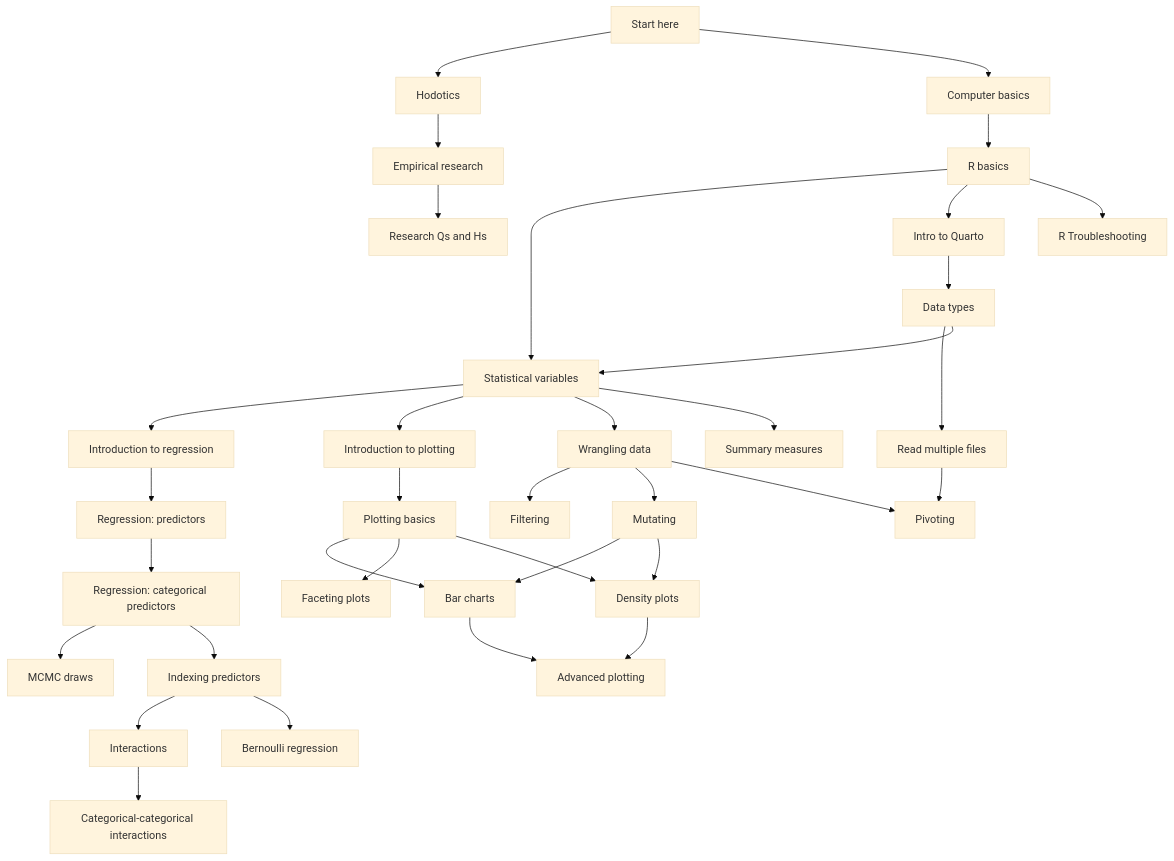
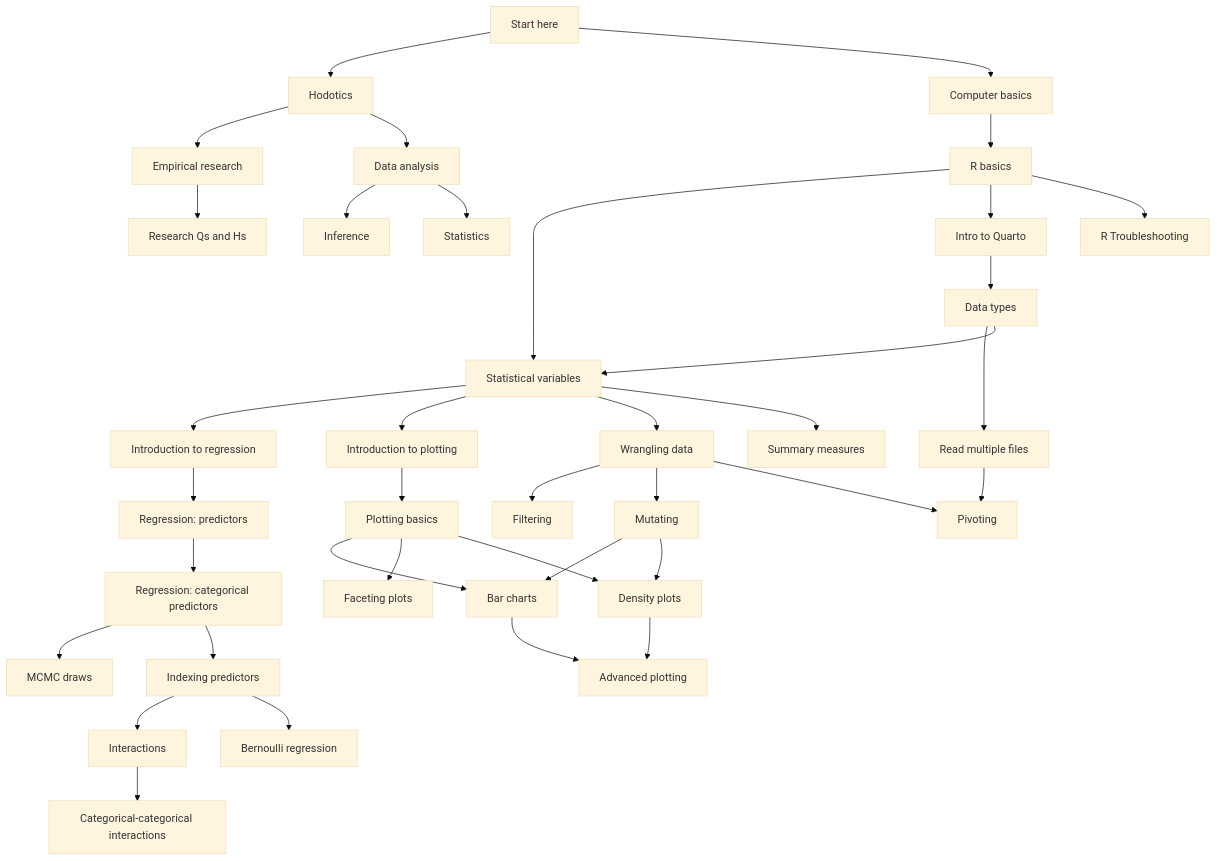
The diagram in map.qmd (uoelel/qml), drawn with Mermaid (base theme) before and after one commit. The commit also changed 16 other files, not shown here.

```diff
--- a/map.qmd
+++ b/map.qmd
@@ -55,6 +55,12 @@
   click AD href "posts/research-context.html" "Go to page"
   AE[Research Qs and Hs]
   click AE href "posts/research-qh.html" "Go to page"
+  AF[Data analysis]
+  click AF href "posts/data-analysis.html" "Go to page"
+  AG[Inference]
+  click AG href "posts/inference.html" "Go to page"
+  AH[Statistics]
+  click AH href "posts/statistics.html" "Go to page"
   
   R[Regression: predictors]
   click R href "posts/intro-regression-predictors.html" "Go to page"
@@ -73,8 +79,9 @@
   
   A --> B & C
   
-  B --> AD
+  B --> AD & AF
   AD --> AE
+  AF --> AG & AH
   
   C --> D
   
```
